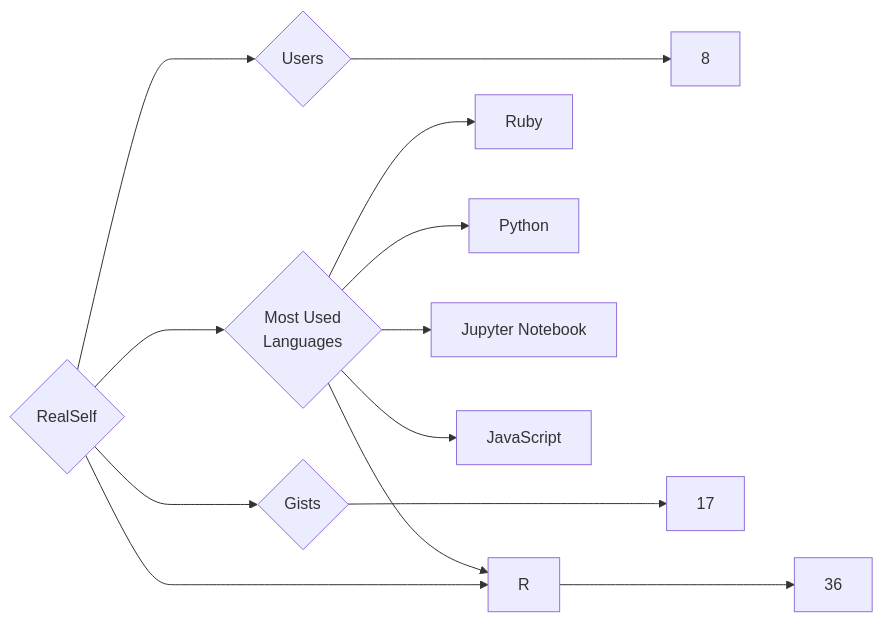
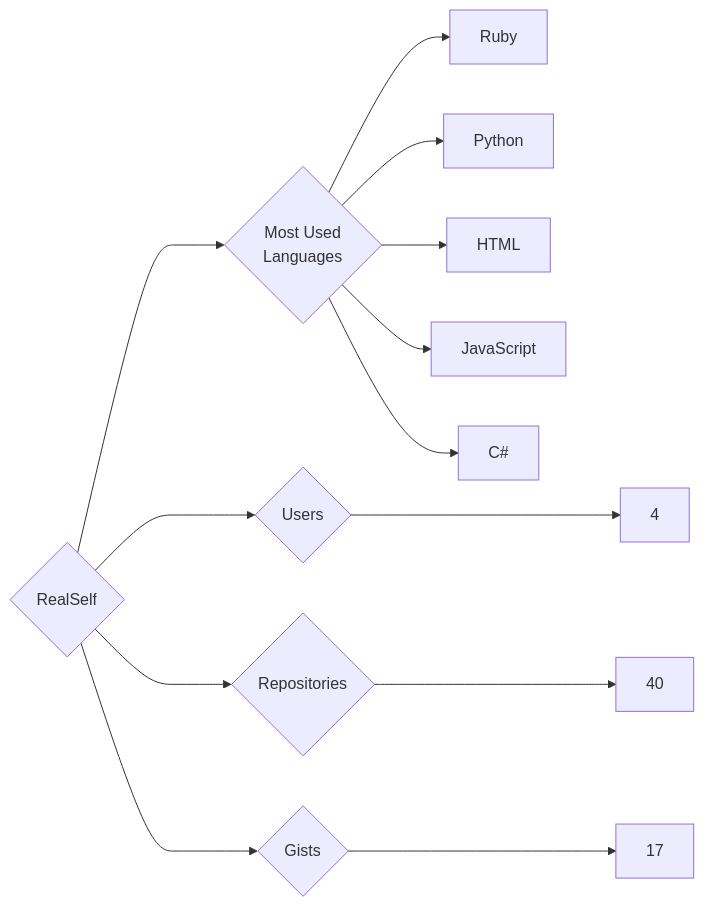
The diagram in targets/RealSelf/README.md (trickest/insiders), drawn with Mermaid before and after one commit. The commit also changed 895 other files, not shown here.

````diff
--- a/targets/RealSelf/README.md
+++ b/targets/RealSelf/README.md
@@ -3,13 +3,13 @@
 ```mermaid
 graph LR
 COMPANY_NAME{RealSelf}
-COMPANY_NAME ---> U{Users} ---> UN[8]
-COMPANY_NAME ---> R{Repositories} ---> RN[36]
+COMPANY_NAME ---> U{Users} ---> UN[4]
+COMPANY_NAME ---> R{Repositories} ---> RN[40]
 COMPANY_NAME ---> G{Gists} ---> GN[17]
 COMPANY_NAME ---> ML{Most Used<br>Languages}
 ML --> Ruby[Ruby]
 ML --> Python[Python]
-ML --> R[R]
-ML --> Jupyter_Notebook[Jupyter Notebook]
+ML --> HTML[HTML]
 ML --> JavaScript[JavaScript]
+ML --> C#[C#]
 ```
````
